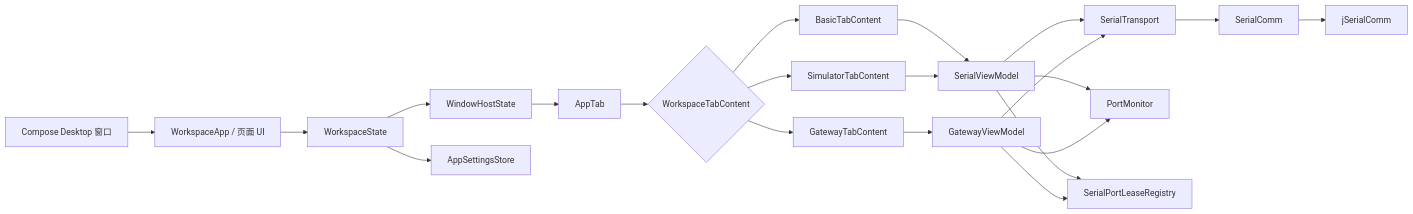
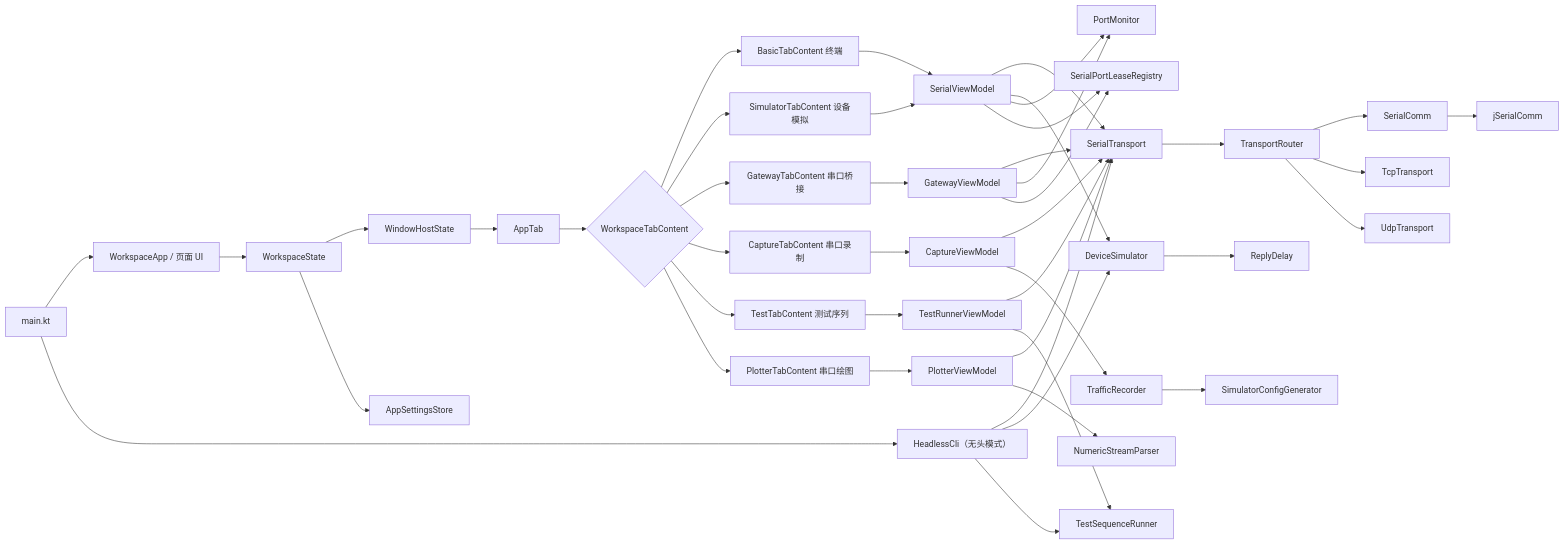
Before and after one commit to yiaobang/KSerial: the diagram in ARCHITECTURE.md, drawn with Mermaid. The commit also changed other lines of this file and 82 other files, not shown here.

````diff
--- a/ARCHITECTURE.md
+++ b/ARCHITECTURE.md
@@ -7,28 +7,52 @@
 ```mermaid
 flowchart LR
-    Main["Compose Desktop 窗口"] --> App["WorkspaceApp / 页面 UI"]
+    Main["main.kt"] --> App["WorkspaceApp / 页面 UI"]
+    Main --> Cli["HeadlessCli（无头模式）"]
     App --> Workspace["WorkspaceState"]
 
     Workspace --> Hosts["WindowHostState"]
     Hosts --> Tabs["AppTab"]
     Tabs --> Content{"WorkspaceTabContent"}
 
-    Content --> Basic["BasicTabContent"]
-    Content --> Simulator["SimulatorTabContent"]
-    Content --> Gateway["GatewayTabContent"]
+    Content --> Basic["BasicTabContent 终端"]
+    Content --> Simulator["SimulatorTabContent 设备模拟"]
+    Content --> Gateway["GatewayTabContent 串口桥接"]
+    Content --> Capture["CaptureTabContent 串口录制"]
+    Content --> TestTab["TestTabContent 测试序列"]
+    Content --> Plotter["PlotterTabContent 串口绘图"]
 
     Basic --> SerialVM["SerialViewModel"]
     Simulator --> SerialVM
     Gateway --> GatewayVM["GatewayViewModel"]
+    Capture --> CaptureVM["CaptureViewModel"]
+    TestTab --> TestVM["TestRunnerViewModel"]
+    Plotter --> PlotterVM["PlotterViewModel"]
 
     SerialVM --> Transport["SerialTransport"]
     GatewayVM --> Transport
-    Transport --> SerialComm["SerialComm"]
+    CaptureVM --> Transport
+    TestVM --> Transport
+    PlotterVM --> Transport
+    Cli --> Transport
+
+    Transport --> Router["TransportRouter"]
+    Router --> SerialComm["SerialComm"]
+    Router --> Tcp["TcpTransport"]
+    Router --> Udp["UdpTransport"]
     SerialComm --> JSerialComm["jSerialComm"]
+
+    SerialVM --> SimulatorModel["DeviceSimulator"]
+    Cli --> SimulatorModel
+    SimulatorModel --> Delay["ReplyDelay"]
+    TestVM --> Runner["TestSequenceRunner"]
+    Cli --> Runner
+    CaptureVM --> Recorder["TrafficRecorder"]
+    Recorder --> Generator["SimulatorConfigGenerator"]
+    PlotterVM --> Parser["NumericStreamParser"]
 
     Workspace --> Settings["AppSettingsStore"]
     SerialVM --> Monitor["PortMonitor"]
     GatewayVM --> Monitor
     SerialVM --> Lease["SerialPortLeaseRegistry"]
     GatewayVM --> Lease
 ```
````
